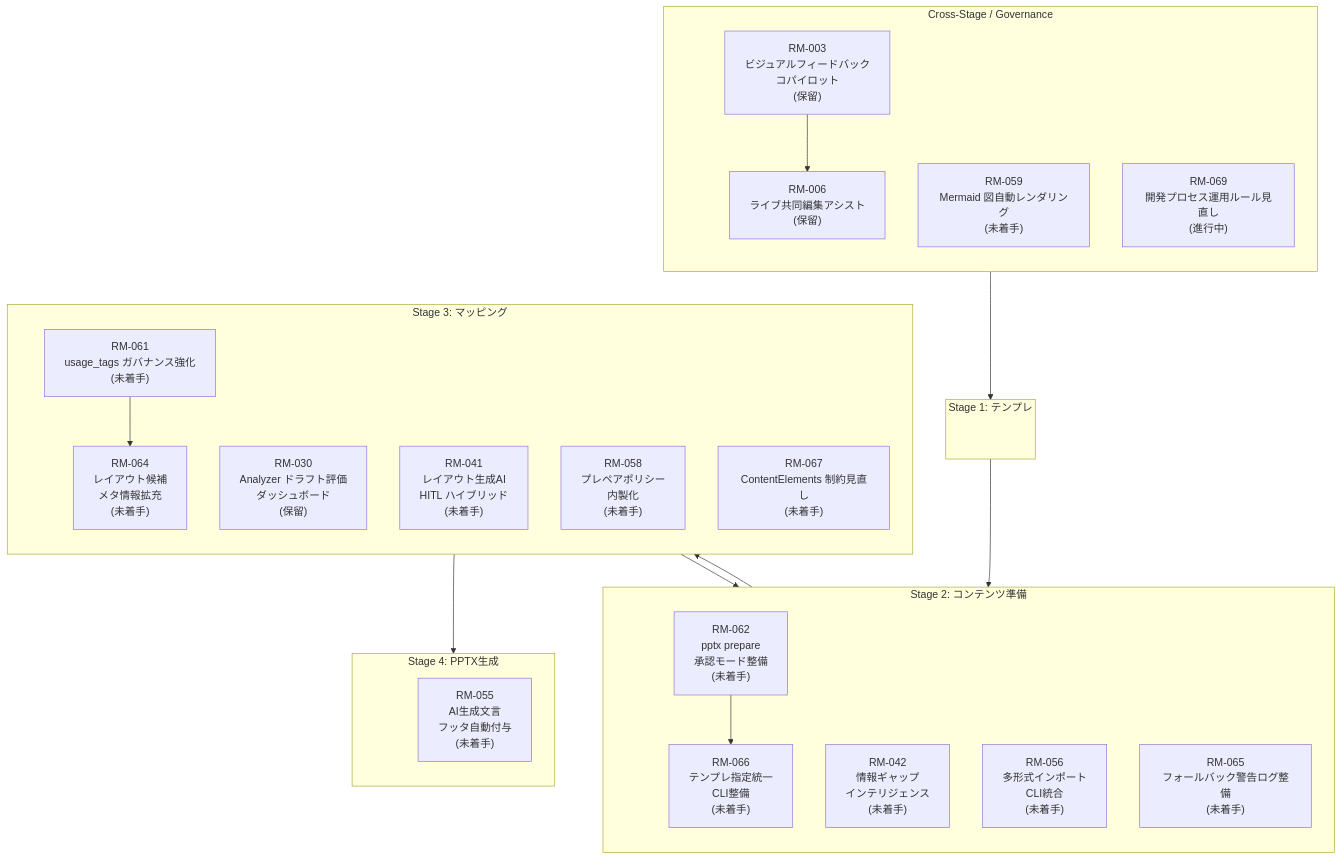
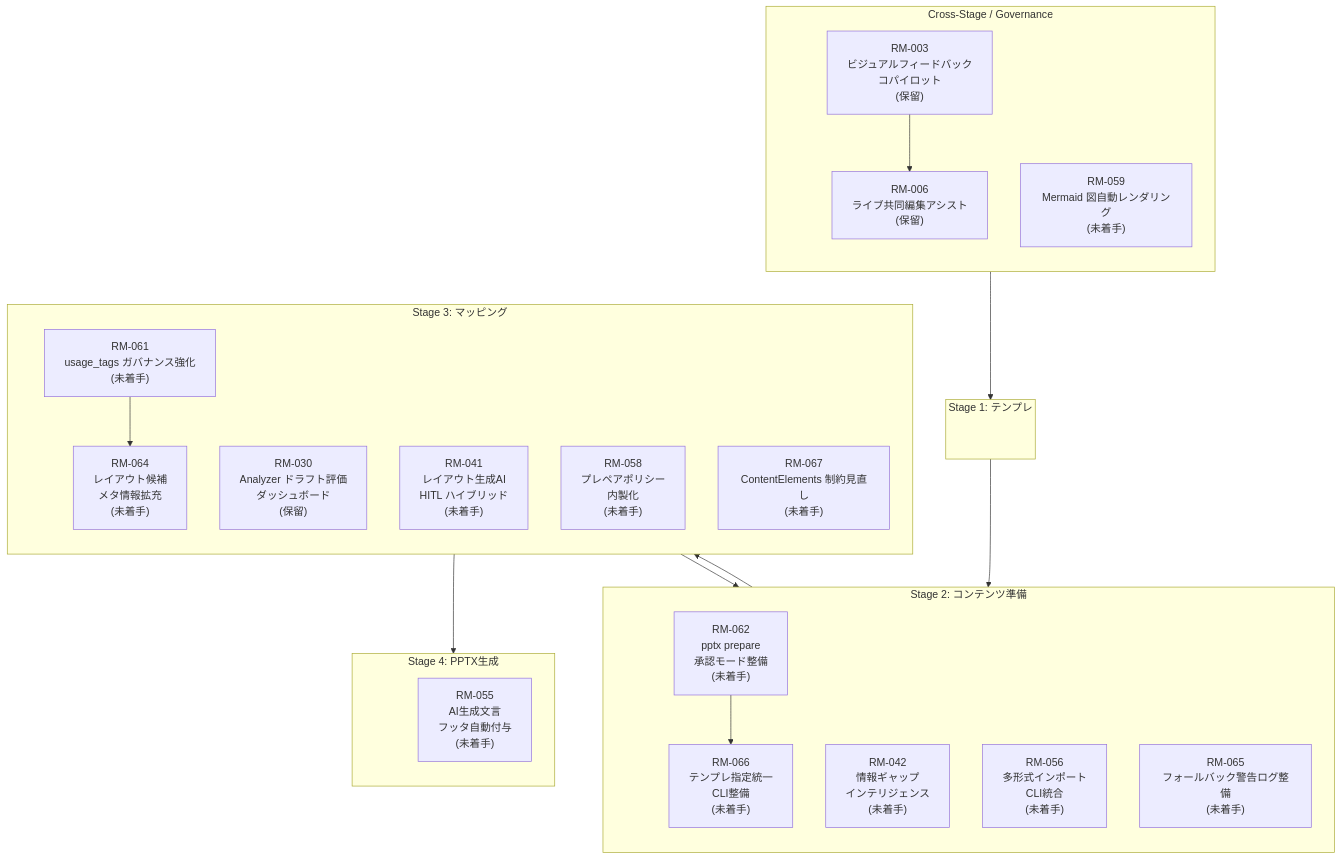
The diagram in docs/roadmap/roadmap.md (yurake/pptx_generator), drawn with Mermaid before and after one commit. The commit also changed other lines of this file and 1 other file, not shown here.

````diff
--- a/docs/roadmap/roadmap.md
+++ b/docs/roadmap/roadmap.md
@@ -25,56 +25,55 @@
 ```mermaid
 flowchart TB
     subgraph GOV["Cross-Stage / Governance"]
         direction TB
         GOV_ANCHOR(( ))
         RM003["RM-003<br/>ビジュアルフィードバック<br/>コパイロット<br/>(保留)"]
         RM006["RM-006<br/>ライブ共同編集アシスト<br/>(保留)"]
         RM059["RM-059<br/>Mermaid 図自動レンダリング<br/>(未着手)"]
-        RM069["RM-069<br/>開発プロセス運用ルール見直し<br/>(進行中)"]
     end
 
     subgraph ST1["Stage 1: テンプレ"]
         direction TB
         ST1_ANCHOR(( ))
     end
 
     subgraph ST2["Stage 2: コンテンツ準備"]
         direction TB
         ST2_ANCHOR(( ))
         RM042["RM-042<br/>情報ギャップ<br/>インテリジェンス<br/>(未着手)"]
         RM056["RM-056<br/>多形式インポート<br/>CLI統合<br/>(未着手)"]
         RM062["RM-062<br/>pptx prepare<br/>承認モード整備<br/>(未着手)"]
         RM065["RM-065<br/>フォールバック警告ログ整備<br/>(未着手)"]
         RM066["RM-066<br/>テンプレ指定統一<br/>CLI整備<br/>(未着手)"]
     end
 
     subgraph ST3["Stage 3: マッピング"]
         direction TB
         ST3_ANCHOR(( ))
         RM030["RM-030<br/>Analyzer ドラフト評価<br/>ダッシュボード<br/>(保留)"]
         RM041["RM-041<br/>レイアウト生成AI<br/>HITL ハイブリッド<br/>(未着手)"]
         RM058["RM-058<br/>プレペアポリシー<br/>内製化<br/>(未着手)"]
         RM061["RM-061<br/>usage_tags ガバナンス強化<br/>(未着手)"]
         RM064["RM-064<br/>レイアウト候補<br/>メタ情報拡充<br/>(未着手)"]
         RM067["RM-067<br/>ContentElements 制約見直し<br/>(未着手)"]
     end
 
     subgraph ST4["Stage 4: PPTX生成"]
         direction TB
         ST4_ANCHOR(( ))
         RM055["RM-055<br/>AI生成文言<br/>フッタ自動付与<br/>(未着手)"]
     end
 
     style GOV_ANCHOR fill:transparent,stroke:transparent
     style ST1_ANCHOR fill:transparent,stroke:transparent
     style ST2_ANCHOR fill:transparent,stroke:transparent
     style ST3_ANCHOR fill:transparent,stroke:transparent
     style ST4_ANCHOR fill:transparent,stroke:transparent
 
     GOV_ANCHOR --> ST1_ANCHOR --> ST2_ANCHOR --> ST3_ANCHOR --> ST4_ANCHOR
 
     RM003 --> RM006
     RM061 --> RM064
     RM064 --> RM065
     RM062 --> RM066
 ```
````
